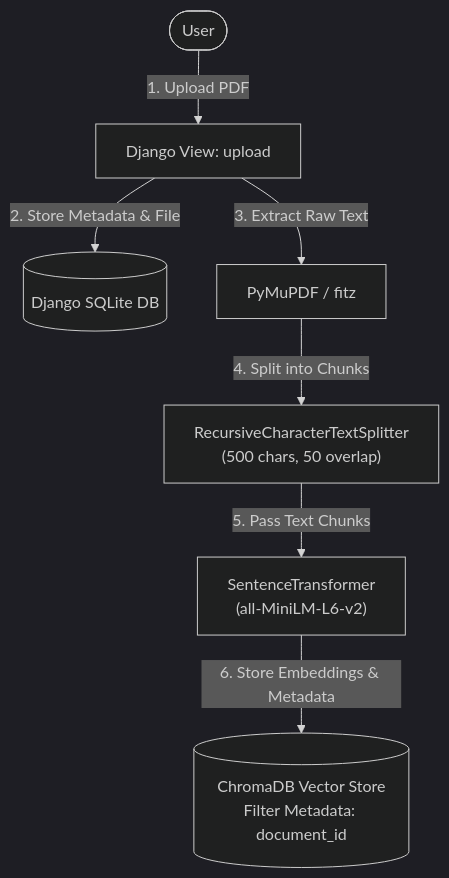
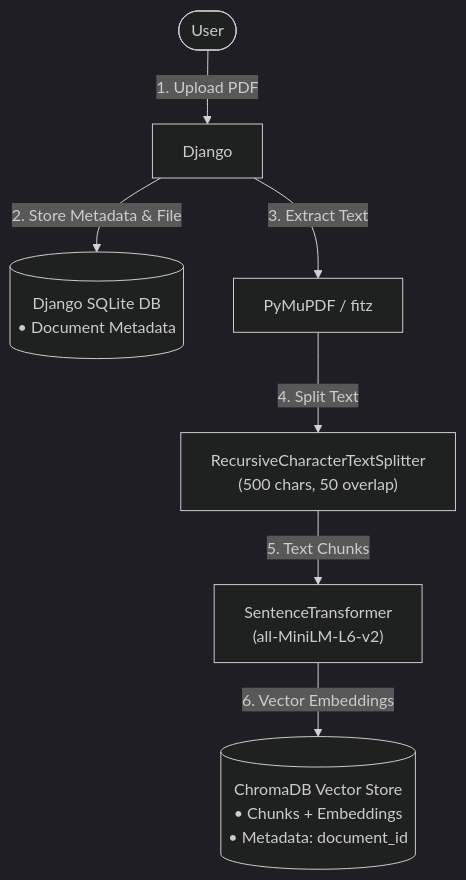
Before and after one commit to SENTHIL-NETXYPER/techjays_rag_senthil: the first of 2 diagrams in README.md, drawn with Mermaid (dark theme). The commit also changed other lines of this file, not shown here.

Commit message:
Update architecture diagrams to reflect exact retrieval flow and database roles

````diff
--- a/README.md
+++ b/README.md
@@ -57,9 +63,9 @@
 ```mermaid
 flowchart TD
-    User(["User"]) -->|1. Upload PDF| DjangoUpload["Django View: upload"]
-    DjangoUpload -->|2. Store Metadata & File| SQLite[("Django SQLite DB")]
-    DjangoUpload -->|3. Extract Raw Text| PyMuPDF["PyMuPDF / fitz"]
-    PyMuPDF -->|4. Split into Chunks| TextChunker["RecursiveCharacterTextSplitter<br/>(500 chars, 50 overlap)"]
-    TextChunker -->|5. Pass Text Chunks| Encoder["SentenceTransformer<br/>(all-MiniLM-L6-v2)"]
-    Encoder -->|6. Store Embeddings & Metadata| ChromaDB[("ChromaDB Vector Store<br/>Filter Metadata: document_id")]
+    User(["User"]) -->|1. Upload PDF| Django["Django"]
+    Django -->|2. Store Metadata & File| SQLite[("Django SQLite DB<br/>• Document Metadata")]
+    Django -->|3. Extract Text| PyMuPDF["PyMuPDF / fitz"]
+    PyMuPDF -->|4. Split Text| TextChunker["RecursiveCharacterTextSplitter<br/>(500 chars, 50 overlap)"]
+    TextChunker -->|5. Text Chunks| SentenceTransformer["SentenceTransformer<br/>(all-MiniLM-L6-v2)"]
+    SentenceTransformer -->|6. Vector Embeddings| ChromaDB[("ChromaDB Vector Store<br/>• Chunks + Embeddings<br/>• Metadata: document_id")]
 ```
````
